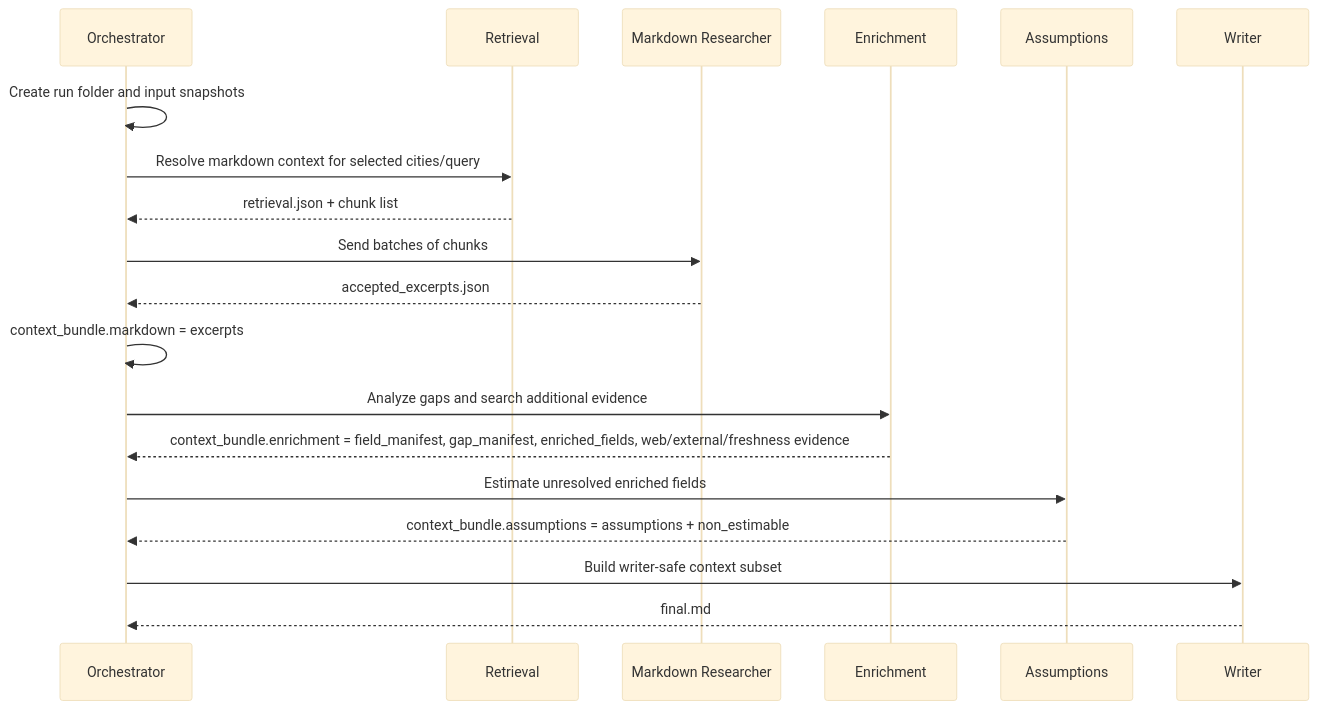
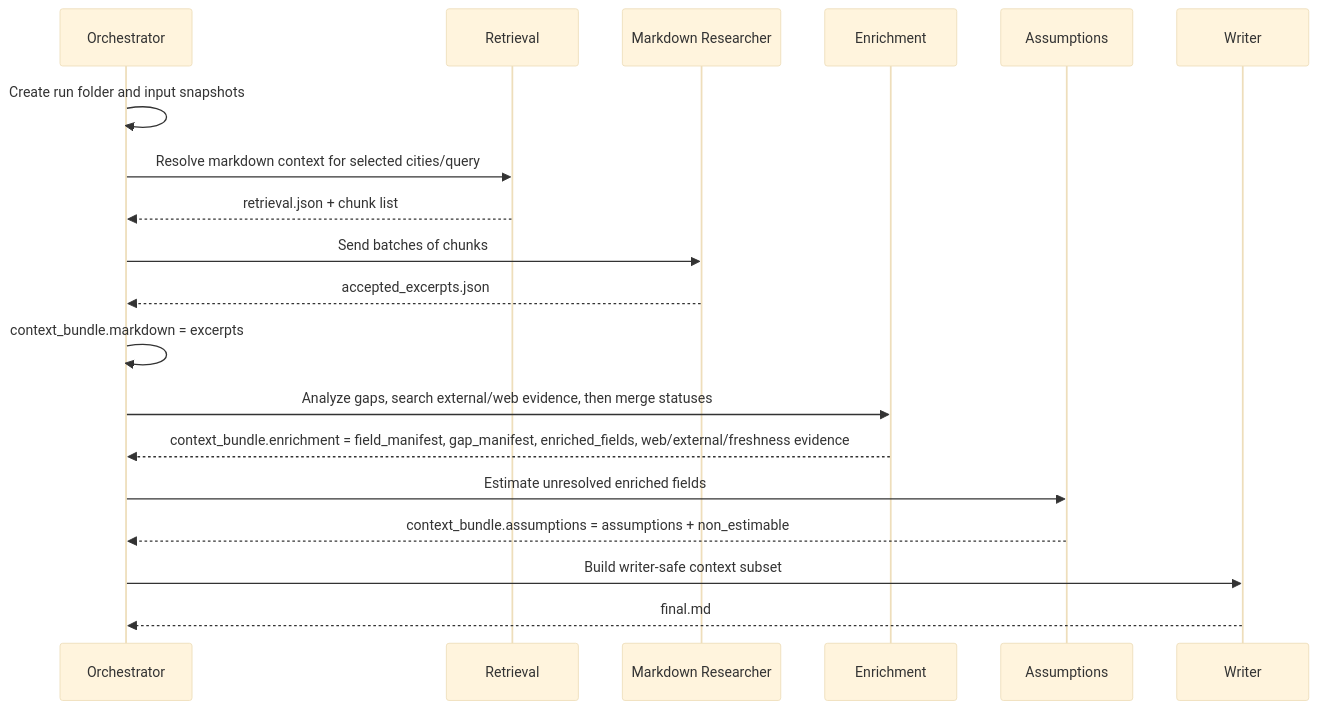
Before and after one commit to Open-Earth-Foundation/Query_mechanism_urbind: the second of 2 diagrams in docs/pipeline/00_overview.md, drawn with Mermaid (base theme). The commit also changed other lines of this file and 7 other files, not shown here.

````diff
--- a/docs/pipeline/00_overview.md
+++ b/docs/pipeline/00_overview.md
@@ -48,22 +57,22 @@
 ```mermaid
 sequenceDiagram
     participant O as Orchestrator
     participant R as Retrieval
     participant M as Markdown Researcher
     participant E as Enrichment
     participant A as Assumptions
     participant W as Writer
 
     O->>O: Create run folder and input snapshots
     O->>R: Resolve markdown context for selected cities/query
     R-->>O: retrieval.json + chunk list
     O->>M: Send batches of chunks
     M-->>O: accepted_excerpts.json
     O->>O: context_bundle.markdown = excerpts
-    O->>E: Analyze gaps and search additional evidence
+    O->>E: Analyze gaps, search external/web evidence, then merge statuses
     E-->>O: context_bundle.enrichment = field_manifest, gap_manifest, enriched_fields, web/external/freshness evidence
     O->>A: Estimate unresolved enriched fields
     A-->>O: context_bundle.assumptions = assumptions + non_estimable
     O->>W: Build writer-safe context subset
     W-->>O: final.md
 ```
````
